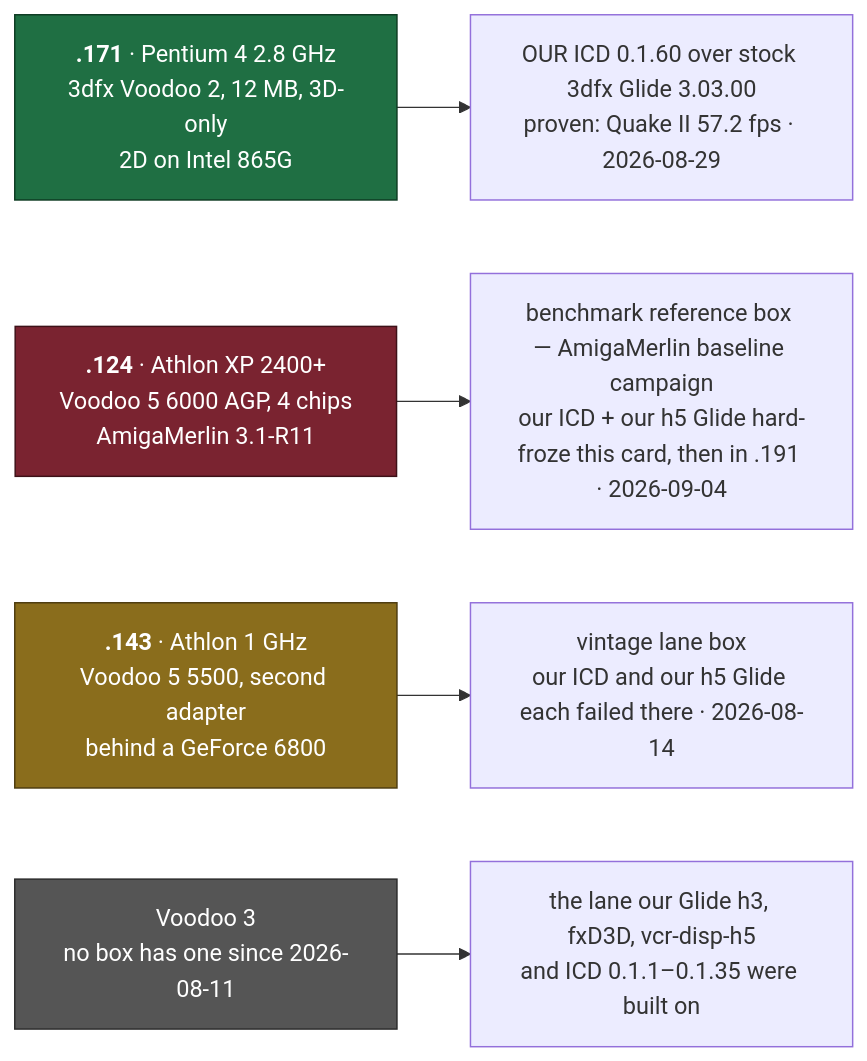
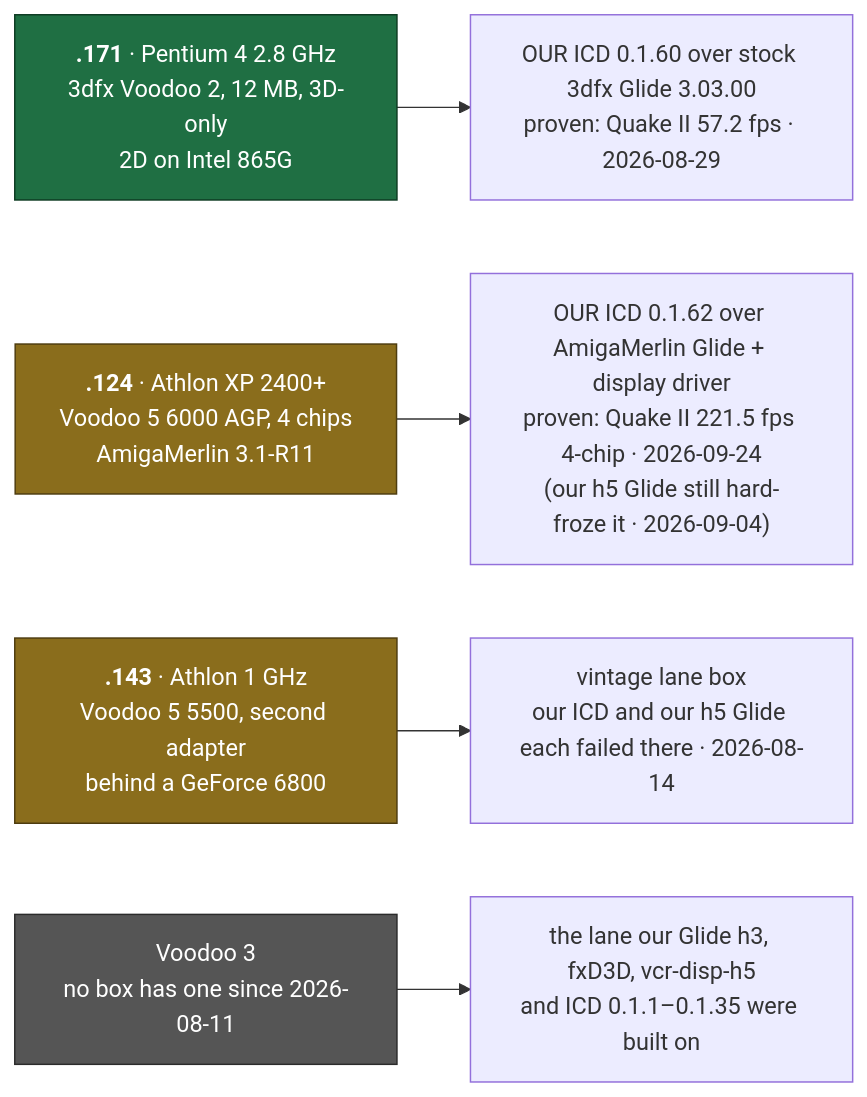
The first of 14 diagrams in voodoo-cleanroom/README.md (voidsstr/retro-agent), drawn with Mermaid before and after one commit. The commit also changed other lines of this file, not shown here.

Commit message:
docs: voodoo-cleanroom README - the ICD runs on the Voodoo 5 6000 (first V5 numbers, roadmap Step 1 done, I11 does not reproduce)

````diff
--- a/voodoo-cleanroom/README.md
+++ b/voodoo-cleanroom/README.md
@@ -81,17 +82,17 @@
 ```mermaid
 flowchart LR
     classDef ours fill:#1f6f43,stroke:#0d3b22,color:#ffffff
     classDef borrowed fill:#8a6d1c,stroke:#4d3c0f,color:#ffffff
     classDef blocked fill:#7a2330,stroke:#3d1118,color:#ffffff
     classDef gone fill:#555555,stroke:#2b2b2b,color:#ffffff
 
     S171["<b>.171</b> · Pentium 4 2.8 GHz<br/>3dfx Voodoo 2, 12 MB, 3D-only<br/>2D on Intel 865G"]:::ours
-    S124["<b>.124</b> · Athlon XP 2400+<br/>Voodoo 5 6000 AGP, 4 chips<br/>AmigaMerlin 3.1-R11"]:::blocked
+    S124["<b>.124</b> · Athlon XP 2400+<br/>Voodoo 5 6000 AGP, 4 chips<br/>AmigaMerlin 3.1-R11"]:::borrowed
     S143["<b>.143</b> · Athlon 1 GHz<br/>Voodoo 5 5500, second adapter<br/>behind a GeForce 6800"]:::borrowed
     V3["Voodoo 3<br/>no box has one since 2026-08-11"]:::gone
 
     S171 --> R171["OUR ICD 0.1.60 over stock 3dfx Glide 3.03.00<br/>proven: Quake II 57.2 fps · 2026-08-29"]
-    S124 --> R124["benchmark reference box — AmigaMerlin baseline campaign<br/>our ICD + our h5 Glide hard-froze this card, then in .191 · 2026-09-04"]
+    S124 --> R124["OUR ICD 0.1.62 over AmigaMerlin Glide + display driver<br/>proven: Quake II 221.5 fps 4-chip · 2026-09-24<br/>(our h5 Glide still hard-froze it · 2026-09-04)"]
     S143 --> R143["vintage lane box<br/>our ICD and our h5 Glide each failed there · 2026-08-14"]
     V3 --> RV3["the lane our Glide h3, fxD3D, vcr-disp-h5<br/>and ICD 0.1.1–0.1.35 were built on"]
 ```
````
